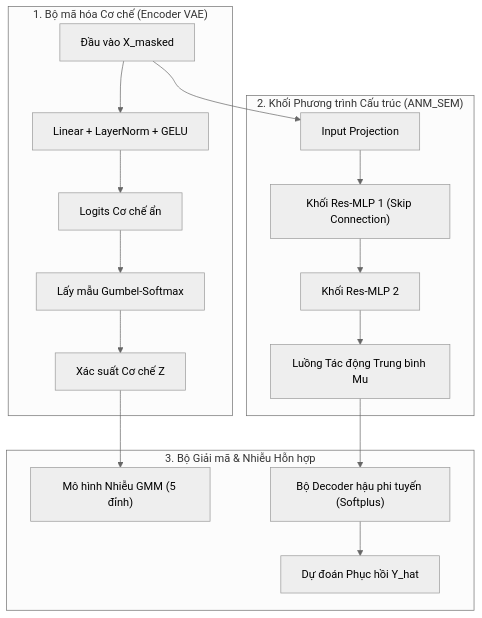
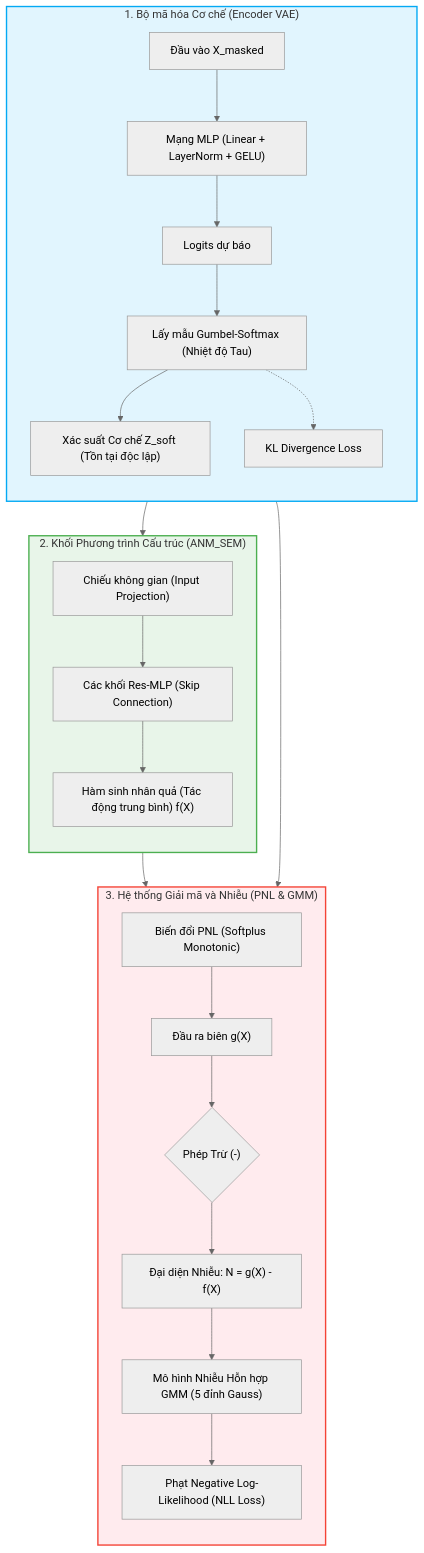
One commit to manhthai1706/DeepANM changed the third of 6 diagrams in docx/Chuong2_MoHinhDeepANM.md. Above: the diagram before and after it, drawn with Mermaid (neutral theme). The commit also changed other lines of this file, not shown here.

Commit message:
Docs: Complete detailed Mermaid diagram and technical description for MLP Core (Figure 2.3)

````diff
--- a/docx/Chuong2_MoHinhDeepANM.md
+++ b/docx/Chuong2_MoHinhDeepANM.md
@@ -81,24 +86,41 @@
 ```mermaid
 graph TD
+    classDef enc fill:#e1f5fe,stroke:#03a9f4,stroke-width:2px;
+    classDef sem fill:#e8f5e9,stroke:#4caf50,stroke-width:2px;
+    classDef noise fill:#ffebee,stroke:#f44336,stroke-width:2px;
+    
     In["Đầu vào X_masked"]
     
     subgraph Cluster_Encoder ["1. Bộ mã hóa Cơ chế (Encoder VAE)"]
-        In --> E_Linear["Linear + LayerNorm + GELU"]
-        E_Linear --> E_Logits["Logits Cơ chế ẩn"]
-        E_Logits --> Gumbel["Lấy mẫu Gumbel-Softmax"]
-        Gumbel --> Z_soft["Xác suất Cơ chế Z"]
+        direction TB
+        In --> E_Net["Mạng MLP (Linear + LayerNorm + GELU)"]
+        E_Net --> E_Logits["Logits dự báo"]
+        E_Logits --> Gumbel["Lấy mẫu Gumbel-Softmax (Nhiệt độ Tau)"]
+        Gumbel --> Z["Xác suất Cơ chế Z_soft (Tồn tại độc lập)"]
+        Gumbel -.-> KL["KL Divergence Loss"]
     end
     
     subgraph Neural_SEM ["2. Khối Phương trình Cấu trúc (ANM_SEM)"]
-        In --> S_Proj["Input Projection"]
-        S_Proj --> Res1["Khối Res-MLP 1 (Skip Connection)"]
-        Res1 --> Res2["Khối Res-MLP 2"]
-        Res2 --> Mu["Luồng Tác động Trung bình Mu"]
+        direction TB
+        In --> S_Proj["Chiếu không gian (Input Projection)"]
+        S_Proj --> Res["Các khối Res-MLP (Skip Connection)"]
+        Res --> Mu["Hàm sinh nhân quả (Tác động trung bình) f(X)"]
     end
     
-    subgraph Decoder_Noise ["3. Bộ Giải mã & Nhiễu Hỗn hợp"]
-        Z_soft --> Noise["Mô hình Nhiễu GMM (5 đỉnh)"]
-        Mu --> PNL["Bộ Decoder hậu phi tuyến (Softplus)"]
-        PNL --> Y_hat["Dự đoán Phục hồi Y_hat"]
+    subgraph Decoder_Noise ["3. Hệ thống Giải mã và Nhiễu (PNL & GMM)"]
+        direction TB
+        In --> PNL["Biến đổi PNL (Softplus Monotonic)"]
+        PNL --> GX["Đầu ra biên g(X)"]
+        
+        GX --> Sub{"Phép Trừ (-)"}
+        Mu --> Sub
+        Sub --> Proxy["Đại diện Nhiễu: N = g(X) - f(X)"]
+        
+        Proxy --> GMM["Mô hình Nhiễu Hỗn hợp GMM (5 đỉnh Gauss)"]
+        GMM --> NLL["Phạt Negative Log-Likelihood (NLL Loss)"]
     end
+    
+    class Cluster_Encoder enc;
+    class Neural_SEM sem;
+    class Decoder_Noise noise;
 ```
````
